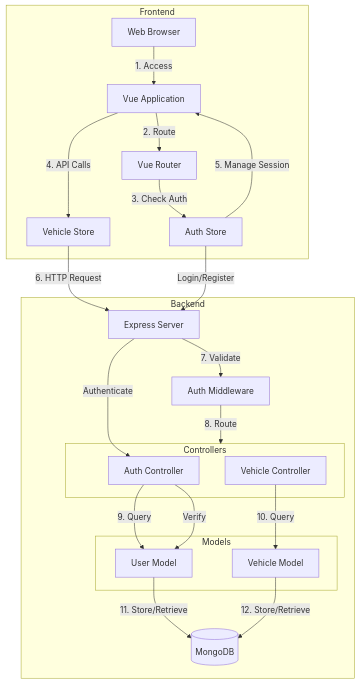
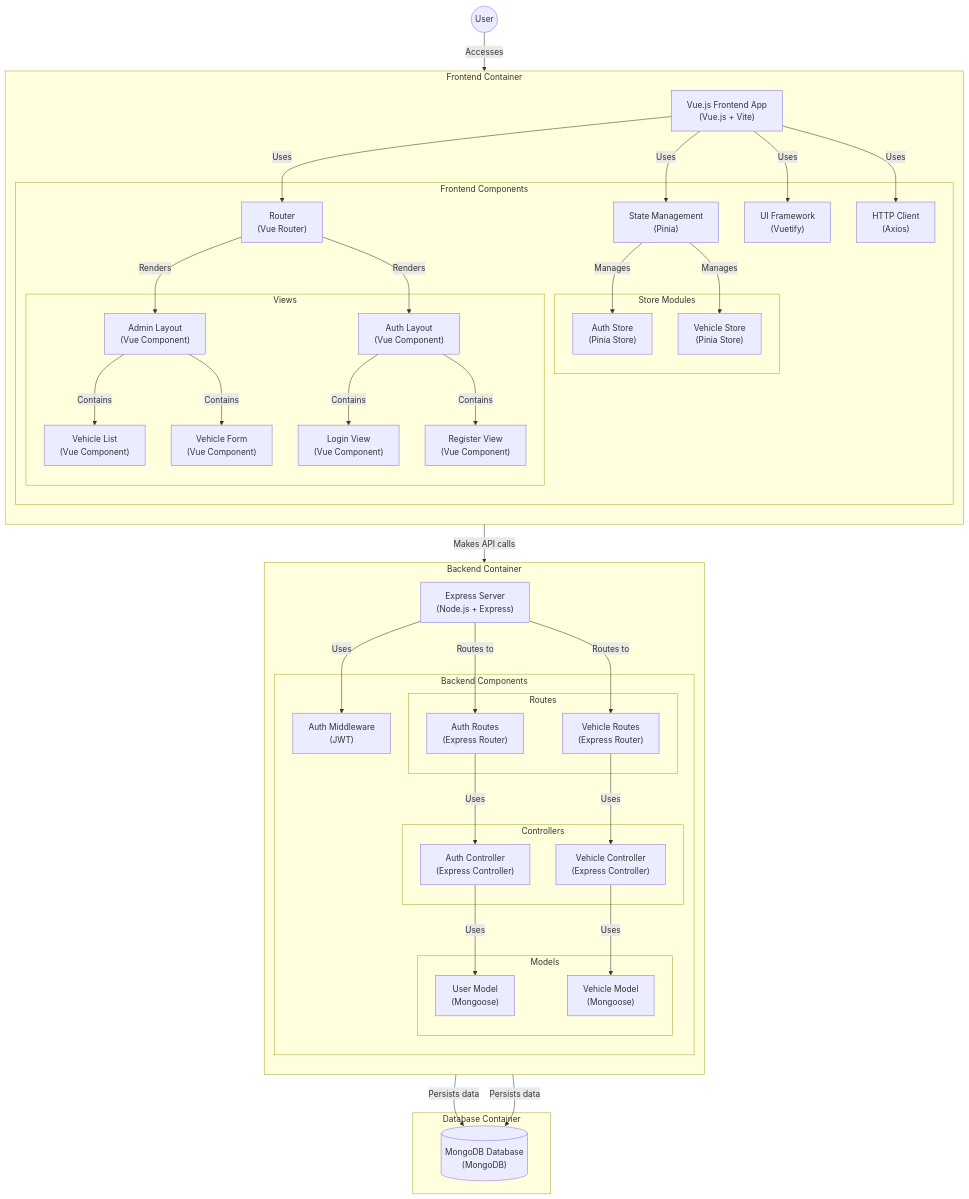
Before and after one commit to angelzabala/ridehailing-test: the diagram in README.md, drawn with Mermaid.

````diff
--- a/README.md
+++ b/README.md
@@ -110,48 +110,95 @@
 ```mermaid
-graph TD
-    subgraph Frontend
-        Browser["Web Browser"]
-        VueApp["Vue Application"]
-        AuthStore["Auth Store"]
-        VehicleStore["Vehicle Store"]
-        Router["Vue Router"]
+graph TB
+    User((User))
+
+    subgraph "Frontend Container"
+        direction TB
+        FrontendApp["Vue.js Frontend App<br>(Vue.js + Vite)"]
+        
+        subgraph "Frontend Components"
+            Router["Router<br>(Vue Router)"]
+            StateManager["State Management<br>(Pinia)"]
+            UIFramework["UI Framework<br>(Vuetify)"]
+            HTTPClient["HTTP Client<br>(Axios)"]
+            
+            subgraph "Store Modules"
+                AuthStore["Auth Store<br>(Pinia Store)"]
+                VehicleStore["Vehicle Store<br>(Pinia Store)"]
+            end
+            
+            subgraph "Views"
+                AdminLayout["Admin Layout<br>(Vue Component)"]
+                AuthLayout["Auth Layout<br>(Vue Component)"]
+                VehicleList["Vehicle List<br>(Vue Component)"]
+                VehicleForm["Vehicle Form<br>(Vue Component)"]
+                LoginView["Login View<br>(Vue Component)"]
+                RegisterView["Register View<br>(Vue Component)"]
+            end
+        end
     end
 
-    subgraph Backend
-        Express["Express Server"]
-        AuthMiddleware["Auth Middleware"]
+    subgraph "Backend Container"
+        direction TB
+        ExpressApp["Express Server<br>(Node.js + Express)"]
         
-        subgraph Controllers
-            AuthController["Auth Controller"]
-            VehicleController["Vehicle Controller"]
+        subgraph "Backend Components"
+            AuthMiddleware["Auth Middleware<br>(JWT)"]
+            
+            subgraph "Controllers"
+                AuthController["Auth Controller<br>(Express Controller)"]
+                VehicleController["Vehicle Controller<br>(Express Controller)"]
+            end
+            
+            subgraph "Routes"
+                AuthRoutes["Auth Routes<br>(Express Router)"]
+                VehicleRoutes["Vehicle Routes<br>(Express Router)"]
+            end
+            
+            subgraph "Models"
+                UserModel["User Model<br>(Mongoose)"]
+                VehicleModel["Vehicle Model<br>(Mongoose)"]
+            end
         end
-        
-        subgraph Models
-            UserModel["User Model"]
-            VehicleModel["Vehicle Model"]
-        end
-        
-        MongoDB[(MongoDB)]
     end
 
-    %% Frontend Flow
-    Browser -->|"1. Access"| VueApp
-    VueApp -->|"2. Route"| Router
-    Router -->|"3. Check Auth"| AuthStore
-    VueApp -->|"4. API Calls"| VehicleStore
-    AuthStore -->|"5. Manage Session"| VueApp
+    subgraph "Database Container"
+        MongoDB[("MongoDB Database<br>(MongoDB)")]
+    end
 
-    %% Backend Flow
-    VehicleStore -->|"6. HTTP Request"| Express
-    Express -->|"7. Validate"| AuthMiddleware
-    AuthMiddleware -->|"8. Route"| Controllers
-    AuthController -->|"9. Query"| UserModel
-    VehicleController -->|"10. Query"| VehicleModel
-    UserModel -->|"11. Store/Retrieve"| MongoDB
-    VehicleModel -->|"12. Store/Retrieve"| MongoDB
+    %% User interactions
+    User -->|"Accesses"| FrontendApp
 
-    %% Authentication Flow
-    AuthStore -->|"Login/Register"| Express
-    Express -->|"Authenticate"| AuthController
-    AuthController -->|"Verify"| UserModel
+    %% Frontend internal relationships
+    FrontendApp -->|"Uses"| Router
+    FrontendApp -->|"Uses"| StateManager
+    FrontendApp -->|"Uses"| UIFramework
+    FrontendApp -->|"Uses"| HTTPClient
+    
+    StateManager -->|"Manages"| AuthStore
+    StateManager -->|"Manages"| VehicleStore
+    
+    Router -->|"Renders"| AdminLayout
+    Router -->|"Renders"| AuthLayout
+    AdminLayout -->|"Contains"| VehicleList
+    AdminLayout -->|"Contains"| VehicleForm
+    AuthLayout -->|"Contains"| LoginView
+    AuthLayout -->|"Contains"| RegisterView
+
+    %% Frontend to Backend communication
+    HTTPClient -->|"Makes API calls"| ExpressApp
+
+    %% Backend internal relationships
+    ExpressApp -->|"Uses"| AuthMiddleware
+    ExpressApp -->|"Routes to"| AuthRoutes
+    ExpressApp -->|"Routes to"| VehicleRoutes
+    
+    AuthRoutes -->|"Uses"| AuthController
+    VehicleRoutes -->|"Uses"| VehicleController
+    
+    AuthController -->|"Uses"| UserModel
+    VehicleController -->|"Uses"| VehicleModel
+    
+    %% Database relationships
+    UserModel -->|"Persists data"| MongoDB
+    VehicleModel -->|"Persists data"| MongoDB
 ```
````
